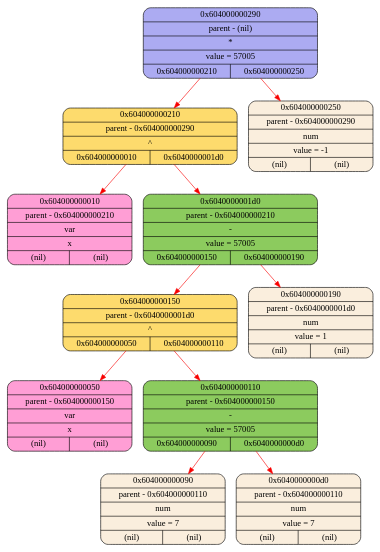
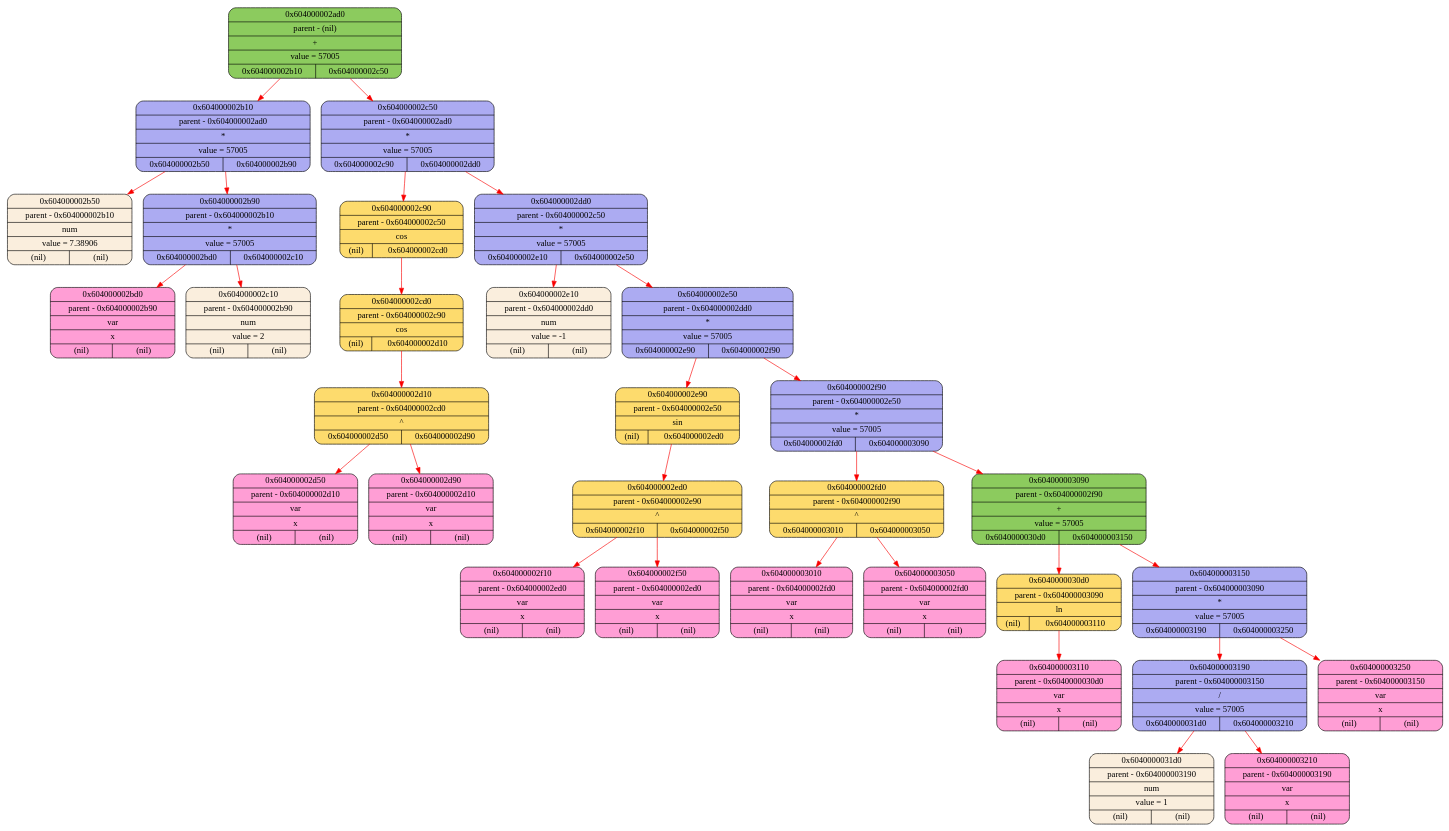
Before and after one commit to 2APetrin/differentiator: the diagram in logs/log_graphviz.dot, drawn with Graphviz. The commit also changed 56 other files, not shown here.

```diff
--- a/logs/log_graphviz.dot
+++ b/logs/log_graphviz.dot
@@ -1,24 +1,64 @@
 digraph
 {
-    node_0x604000000010[shape = Mrecord, label = "{{0x604000000010} | {parent - 0x604000000210} | {var} | {x} | {(nil)|(nil)}}", style = "filled", fillcolor = "#FF9ED5"];
-    node_0x604000000050[shape = Mrecord, label = "{{0x604000000050} | {parent - 0x604000000150} | {var} | {x} | {(nil)|(nil)}}", style = "filled", fillcolor = "#FF9ED5"];
-    node_0x604000000090[shape = Mrecord, label = "{{0x604000000090} | {parent - 0x604000000110} | {num} | {value = 7} | {(nil)|(nil)}}", style = "filled", fillcolor = "#FAEEDD"];
-    node_0x6040000000d0[shape = Mrecord, label = "{{0x6040000000d0} | {parent - 0x604000000110} | {num} | {value = 7} | {(nil)|(nil)}}", style = "filled", fillcolor = "#FAEEDD"];
-    node_0x604000000110[shape = Mrecord, label = "{{0x604000000110} | {parent - 0x604000000150} | {-} | {value = 57005} | {0x604000000090|0x6040000000d0}}", style = "filled", fillcolor = "#8CCB5E"];
-    node_0x604000000150[shape = Mrecord, label = "{{0x604000000150} | {parent - 0x6040000001d0} | {^} | {0x604000000050|0x604000000110}}", style = "filled", fillcolor = "#FDDB6D"];
-    node_0x604000000190[shape = Mrecord, label = "{{0x604000000190} | {parent - 0x6040000001d0} | {num} | {value = 1} | {(nil)|(nil)}}", style = "filled", fillcolor = "#FAEEDD"];
-    node_0x6040000001d0[shape = Mrecord, label = "{{0x6040000001d0} | {parent - 0x604000000210} | {-} | {value = 57005} | {0x604000000150|0x604000000190}}", style = "filled", fillcolor = "#8CCB5E"];
-    node_0x604000000210[shape = Mrecord, label = "{{0x604000000210} | {parent - 0x604000000290} | {^} | {0x604000000010|0x6040000001d0}}", style = "filled", fillcolor = "#FDDB6D"];
-    node_0x604000000250[shape = Mrecord, label = "{{0x604000000250} | {parent - 0x604000000290} | {num} | {value = -1} | {(nil)|(nil)}}", style = "filled", fillcolor = "#FAEEDD"];
-    node_0x604000000290[shape = Mrecord, label = "{{0x604000000290} | {parent - (nil)} | {*} | {value = 57005} | {0x604000000210|0x604000000250}}", style = "filled", fillcolor = "#ACABF2"];
-    node_0x604000000290->node_0x604000000210 [color = "#F80000"];
-    node_0x604000000210->node_0x604000000010 [color = "#F80000"];
-    node_0x604000000210->node_0x6040000001d0 [color = "#F80000"];
-    node_0x6040000001d0->node_0x604000000150 [color = "#F80000"];
-    node_0x604000000150->node_0x604000000050 [color = "#F80000"];
-    node_0x604000000150->node_0x604000000110 [color = "#F80000"];
-    node_0x604000000110->node_0x604000000090 [color = "#F80000"];
-    node_0x604000000110->node_0x6040000000d0 [color = "#F80000"];
-    node_0x6040000001d0->node_0x604000000190 [color = "#F80000"];
-    node_0x604000000290->node_0x604000000250 [color = "#F80000"];
+    node_0x604000002b50[shape = Mrecord, label = "{{0x604000002b50} | {parent - 0x604000002b10} | {num} | {value = 7.38906} | {(nil)|(nil)}}", style = "filled", fillcolor = "#FAEEDD"];
+    node_0x604000002bd0[shape = Mrecord, label = "{{0x604000002bd0} | {parent - 0x604000002b90} | {var} | {x} | {(nil)|(nil)}}", style = "filled", fillcolor = "#FF9ED5"];
+    node_0x604000002c10[shape = Mrecord, label = "{{0x604000002c10} | {parent - 0x604000002b90} | {num} | {value = 2} | {(nil)|(nil)}}", style = "filled", fillcolor = "#FAEEDD"];
+    node_0x604000002b90[shape = Mrecord, label = "{{0x604000002b90} | {parent - 0x604000002b10} | {*} | {value = 57005} | {0x604000002bd0|0x604000002c10}}", style = "filled", fillcolor = "#ACABF2"];
+    node_0x604000002b10[shape = Mrecord, label = "{{0x604000002b10} | {parent - 0x604000002ad0} | {*} | {value = 57005} | {0x604000002b50|0x604000002b90}}", style = "filled", fillcolor = "#ACABF2"];
+    node_0x604000002d50[shape = Mrecord, label = "{{0x604000002d50} | {parent - 0x604000002d10} | {var} | {x} | {(nil)|(nil)}}", style = "filled", fillcolor = "#FF9ED5"];
+    node_0x604000002d90[shape = Mrecord, label = "{{0x604000002d90} | {parent - 0x604000002d10} | {var} | {x} | {(nil)|(nil)}}", style = "filled", fillcolor = "#FF9ED5"];
+    node_0x604000002d10[shape = Mrecord, label = "{{0x604000002d10} | {parent - 0x604000002cd0} | {^} | {0x604000002d50|0x604000002d90}}", style = "filled", fillcolor = "#FDDB6D"];
+    node_0x604000002cd0[shape = Mrecord, label = "{{0x604000002cd0} | {parent - 0x604000002c90} | {cos} | {(nil)|0x604000002d10}}", style = "filled", fillcolor = "#FDDB6D"];
+    node_0x604000002c90[shape = Mrecord, label = "{{0x604000002c90} | {parent - 0x604000002c50} | {cos} | {(nil)|0x604000002cd0}}", style = "filled", fillcolor = "#FDDB6D"];
+    node_0x604000002e10[shape = Mrecord, label = "{{0x604000002e10} | {parent - 0x604000002dd0} | {num} | {value = -1} | {(nil)|(nil)}}", style = "filled", fillcolor = "#FAEEDD"];
+    node_0x604000002f10[shape = Mrecord, label = "{{0x604000002f10} | {parent - 0x604000002ed0} | {var} | {x} | {(nil)|(nil)}}", style = "filled", fillcolor = "#FF9ED5"];
+    node_0x604000002f50[shape = Mrecord, label = "{{0x604000002f50} | {parent - 0x604000002ed0} | {var} | {x} | {(nil)|(nil)}}", style = "filled", fillcolor = "#FF9ED5"];
+    node_0x604000002ed0[shape = Mrecord, label = "{{0x604000002ed0} | {parent - 0x604000002e90} | {^} | {0x604000002f10|0x604000002f50}}", style = "filled", fillcolor = "#FDDB6D"];
+    node_0x604000002e90[shape = Mrecord, label = "{{0x604000002e90} | {parent - 0x604000002e50} | {sin} | {(nil)|0x604000002ed0}}", style = "filled", fillcolor = "#FDDB6D"];
+    node_0x604000003010[shape = Mrecord, label = "{{0x604000003010} | {parent - 0x604000002fd0} | {var} | {x} | {(nil)|(nil)}}", style = "filled", fillcolor = "#FF9ED5"];
+    node_0x604000003050[shape = Mrecord, label = "{{0x604000003050} | {parent - 0x604000002fd0} | {var} | {x} | {(nil)|(nil)}}", style = "filled", fillcolor = "#FF9ED5"];
+    node_0x604000002fd0[shape = Mrecord, label = "{{0x604000002fd0} | {parent - 0x604000002f90} | {^} | {0x604000003010|0x604000003050}}", style = "filled", fillcolor = "#FDDB6D"];
+    node_0x604000003110[shape = Mrecord, label = "{{0x604000003110} | {parent - 0x6040000030d0} | {var} | {x} | {(nil)|(nil)}}", style = "filled", fillcolor = "#FF9ED5"];
+    node_0x6040000030d0[shape = Mrecord, label = "{{0x6040000030d0} | {parent - 0x604000003090} | {ln} | {(nil)|0x604000003110}}", style = "filled", fillcolor = "#FDDB6D"];
+    node_0x6040000031d0[shape = Mrecord, label = "{{0x6040000031d0} | {parent - 0x604000003190} | {num} | {value = 1} | {(nil)|(nil)}}", style = "filled", fillcolor = "#FAEEDD"];
+    node_0x604000003210[shape = Mrecord, label = "{{0x604000003210} | {parent - 0x604000003190} | {var} | {x} | {(nil)|(nil)}}", style = "filled", fillcolor = "#FF9ED5"];
+    node_0x604000003190[shape = Mrecord, label = "{{0x604000003190} | {parent - 0x604000003150} | {/} | {value = 57005} | {0x6040000031d0|0x604000003210}}", style = "filled", fillcolor = "#ACABF2"];
+    node_0x604000003250[shape = Mrecord, label = "{{0x604000003250} | {parent - 0x604000003150} | {var} | {x} | {(nil)|(nil)}}", style = "filled", fillcolor = "#FF9ED5"];
+    node_0x604000003150[shape = Mrecord, label = "{{0x604000003150} | {parent - 0x604000003090} | {*} | {value = 57005} | {0x604000003190|0x604000003250}}", style = "filled", fillcolor = "#ACABF2"];
+    node_0x604000003090[shape = Mrecord, label = "{{0x604000003090} | {parent - 0x604000002f90} | {+} | {value = 57005} | {0x6040000030d0|0x604000003150}}", style = "filled", fillcolor = "#8CCB5E"];
+    node_0x604000002f90[shape = Mrecord, label = "{{0x604000002f90} | {parent - 0x604000002e50} | {*} | {value = 57005} | {0x604000002fd0|0x604000003090}}", style = "filled", fillcolor = "#ACABF2"];
+    node_0x604000002e50[shape = Mrecord, label = "{{0x604000002e50} | {parent - 0x604000002dd0} | {*} | {value = 57005} | {0x604000002e90|0x604000002f90}}", style = "filled", fillcolor = "#ACABF2"];
+    node_0x604000002dd0[shape = Mrecord, label = "{{0x604000002dd0} | {parent - 0x604000002c50} | {*} | {value = 57005} | {0x604000002e10|0x604000002e50}}", style = "filled", fillcolor = "#ACABF2"];
+    node_0x604000002c50[shape = Mrecord, label = "{{0x604000002c50} | {parent - 0x604000002ad0} | {*} | {value = 57005} | {0x604000002c90|0x604000002dd0}}", style = "filled", fillcolor = "#ACABF2"];
+    node_0x604000002ad0[shape = Mrecord, label = "{{0x604000002ad0} | {parent - (nil)} | {+} | {value = 57005} | {0x604000002b10|0x604000002c50}}", style = "filled", fillcolor = "#8CCB5E"];
+    node_0x604000002ad0->node_0x604000002b10 [color = "#F80000"];
+    node_0x604000002b10->node_0x604000002b50 [color = "#F80000"];
+    node_0x604000002b10->node_0x604000002b90 [color = "#F80000"];
+    node_0x604000002b90->node_0x604000002bd0 [color = "#F80000"];
+    node_0x604000002b90->node_0x604000002c10 [color = "#F80000"];
+    node_0x604000002ad0->node_0x604000002c50 [color = "#F80000"];
+    node_0x604000002c50->node_0x604000002c90 [color = "#F80000"];
+    node_0x604000002c90->node_0x604000002cd0 [color = "#F80000"];
+    node_0x604000002cd0->node_0x604000002d10 [color = "#F80000"];
+    node_0x604000002d10->node_0x604000002d50 [color = "#F80000"];
+    node_0x604000002d10->node_0x604000002d90 [color = "#F80000"];
+    node_0x604000002c50->node_0x604000002dd0 [color = "#F80000"];
+    node_0x604000002dd0->node_0x604000002e10 [color = "#F80000"];
+    node_0x604000002dd0->node_0x604000002e50 [color = "#F80000"];
+    node_0x604000002e50->node_0x604000002e90 [color = "#F80000"];
+    node_0x604000002e90->node_0x604000002ed0 [color = "#F80000"];
+    node_0x604000002ed0->node_0x604000002f10 [color = "#F80000"];
+    node_0x604000002ed0->node_0x604000002f50 [color = "#F80000"];
+    node_0x604000002e50->node_0x604000002f90 [color = "#F80000"];
+    node_0x604000002f90->node_0x604000002fd0 [color = "#F80000"];
+    node_0x604000002fd0->node_0x604000003010 [color = "#F80000"];
+    node_0x604000002fd0->node_0x604000003050 [color = "#F80000"];
+    node_0x604000002f90->node_0x604000003090 [color = "#F80000"];
+    node_0x604000003090->node_0x6040000030d0 [color = "#F80000"];
+    node_0x6040000030d0->node_0x604000003110 [color = "#F80000"];
+    node_0x604000003090->node_0x604000003150 [color = "#F80000"];
+    node_0x604000003150->node_0x604000003190 [color = "#F80000"];
+    node_0x604000003190->node_0x6040000031d0 [color = "#F80000"];
+    node_0x604000003190->node_0x604000003210 [color = "#F80000"];
+    node_0x604000003150->node_0x604000003250 [color = "#F80000"];
 }
```
